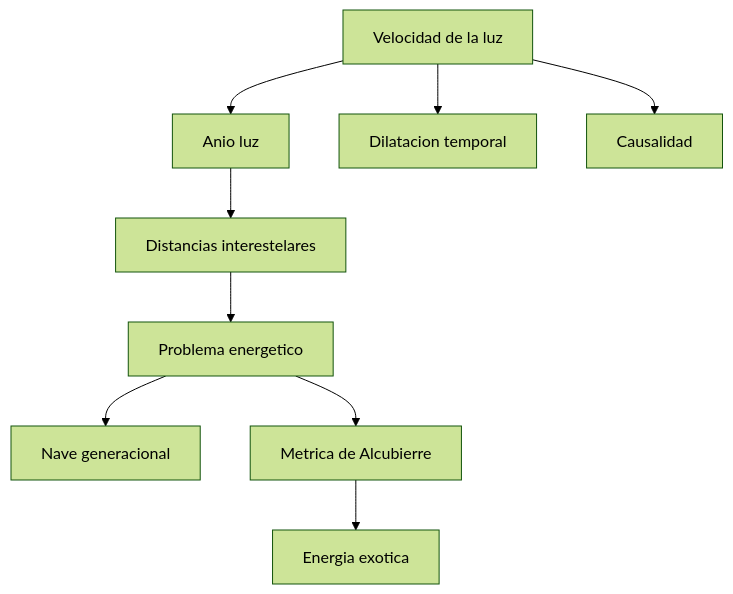
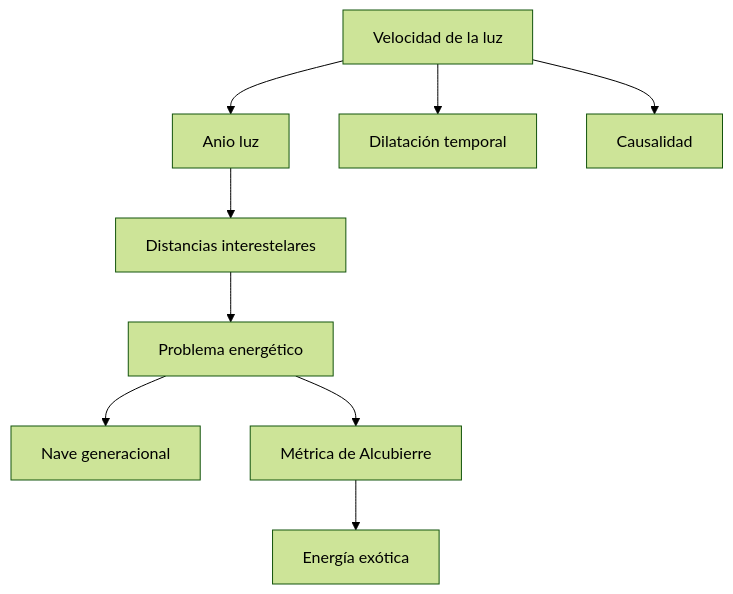
The diagram in vehiculos-fantasticos/nave-exploracion/recursos/recursos-nave-exploracion.md (vladimiracunadev-create/machine-operator-program), drawn with Mermaid (forest theme) before and after one commit. The commit also changed other lines of this file and 442 other files, not shown here.

````diff
--- a/vehiculos-fantasticos/nave-exploracion/recursos/recursos-nave-exploracion.md
+++ b/vehiculos-fantasticos/nave-exploracion/recursos/recursos-nave-exploracion.md
@@ -13,11 +13,11 @@
 ```mermaid
 flowchart TD
     C[Velocidad de la luz] --> AL[Anio luz]
     AL --> Dist[Distancias interestelares]
-    C --> Dil[Dilatacion temporal]
-    Dist --> Energia[Problema energetico]
+    C --> Dil[Dilatación temporal]
+    Dist --> Energia[Problema energético]
     Energia --> Gen[Nave generacional]
-    Energia --> Alc[Metrica de Alcubierre]
-    Alc --> Exo[Energia exotica]
+    Energia --> Alc[Métrica de Alcubierre]
+    Alc --> Exo[Energía exótica]
     C --> Caus[Causalidad]
 ```
````
